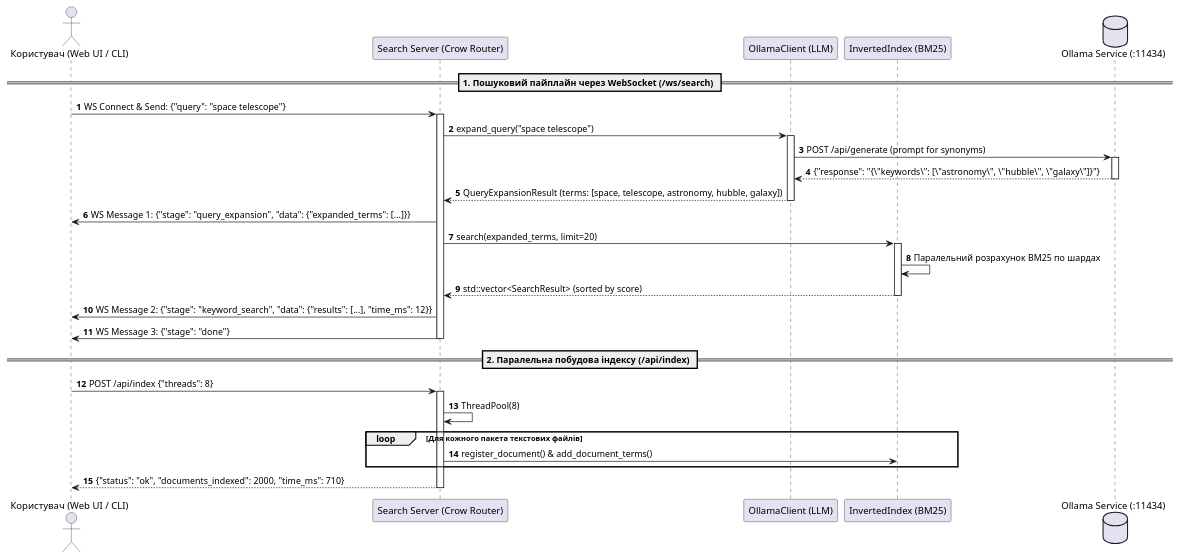
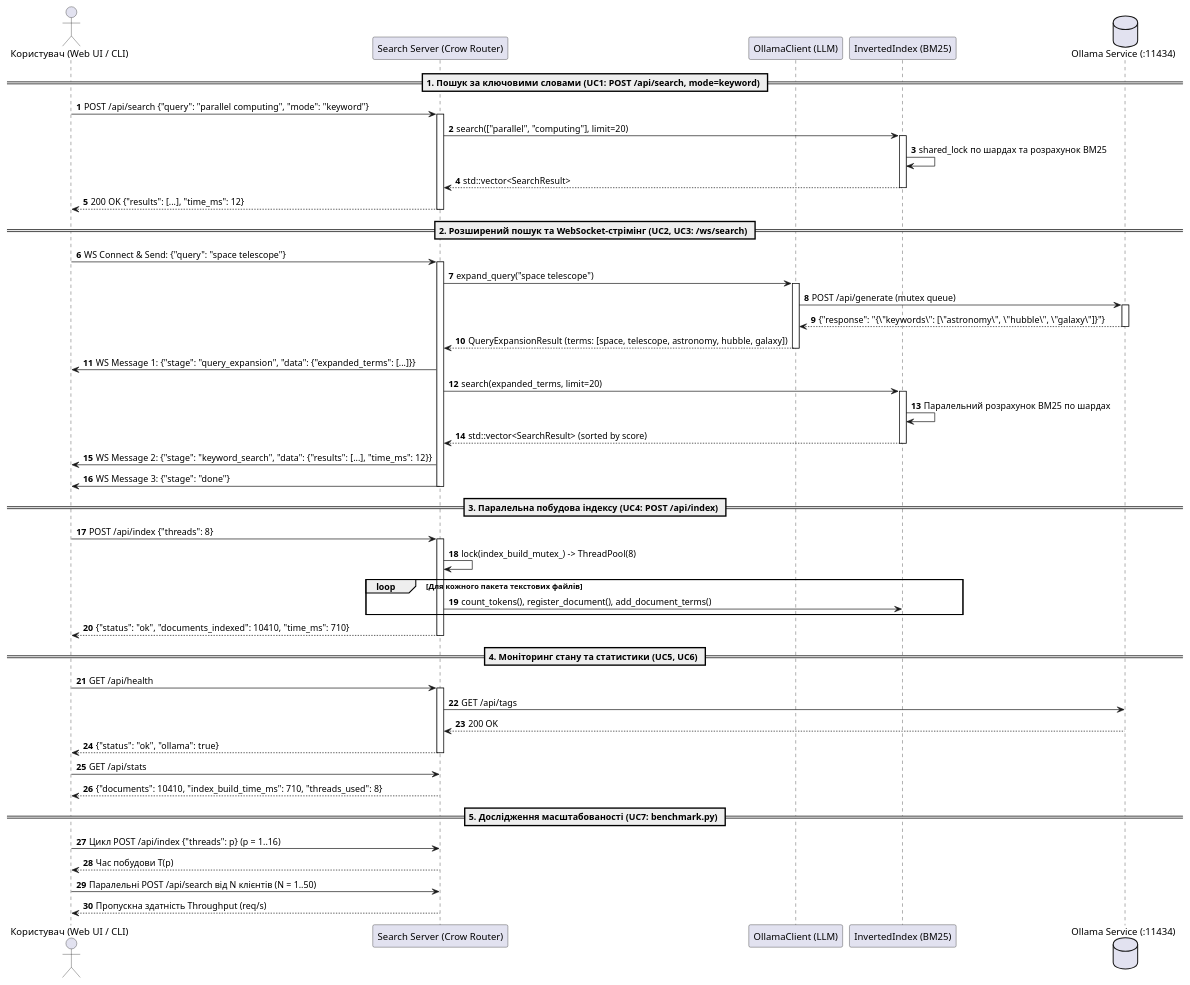
The diagram in docs/uml/sequence_diagram.puml (nothome2005/PO_cursova_maslov), drawn with PlantUML before and after one commit. The commit also changed 6 other files, not shown here.

Commit message:
docs(uml): оновлено UML-діаграми під порт 8088, усі сценарії та актуальну структуру класів

```diff
--- a/docs/uml/sequence_diagram.puml
+++ b/docs/uml/sequence_diagram.puml
@@ -1,45 +1,76 @@
 @startuml SequenceDiagram
 autonumber
 actor "Користувач (Web UI / CLI)" as Client
 participant "Search Server (Crow Router)" as Server
 participant "OllamaClient (LLM)" as Ollama
 participant "InvertedIndex (BM25)" as Index
 database "Ollama Service (:11434)" as OllamaDaemon
 
-== 1. Пошуковий пайплайн через WebSocket (/ws/search) ==
+== 1. Пошук за ключовими словами (UC1: POST /api/search, mode=keyword) ==
+
+Client -> Server: POST /api/search {"query": "parallel computing", "mode": "keyword"}
+activate Server
+Server -> Index: search(["parallel", "computing"], limit=20)
+activate Index
+Index -> Index: shared_lock по шардах та розрахунок BM25
+Index --> Server: std::vector<SearchResult>
+deactivate Index
+Server --> Client: 200 OK {"results": [...], "time_ms": 12}
+deactivate Server
+
+== 2. Розширений пошук та WebSocket-стрімінг (UC2, UC3: /ws/search) ==
 
 Client -> Server: WS Connect & Send: {"query": "space telescope"}
 activate Server
 
 Server -> Ollama: expand_query("space telescope")
 activate Ollama
-Ollama -> OllamaDaemon: POST /api/generate (prompt for synonyms)
+Ollama -> OllamaDaemon: POST /api/generate (mutex queue)
 activate OllamaDaemon
 OllamaDaemon --> Ollama: {"response": "{\"keywords\": [\"astronomy\", \"hubble\", \"galaxy\"]}"}
 deactivate OllamaDaemon
 Ollama --> Server: QueryExpansionResult (terms: [space, telescope, astronomy, hubble, galaxy])
 deactivate Ollama
 
 Server -> Client: WS Message 1: {"stage": "query_expansion", "data": {"expanded_terms": [...]}}
 
 Server -> Index: search(expanded_terms, limit=20)
 activate Index
 Index -> Index: Паралельний розрахунок BM25 по шардах
 Index --> Server: std::vector<SearchResult> (sorted by score)
 deactivate Index
 
 Server -> Client: WS Message 2: {"stage": "keyword_search", "data": {"results": [...], "time_ms": 12}}
 Server -> Client: WS Message 3: {"stage": "done"}
 deactivate Server
 
-== 2. Паралельна побудова індексу (/api/index) ==
+== 3. Паралельна побудова індексу (UC4: POST /api/index) ==
 
 Client -> Server: POST /api/index {"threads": 8}
 activate Server
-Server -> Server: ThreadPool(8)
+Server -> Server: lock(index_build_mutex_) -> ThreadPool(8)
 loop Для кожного пакета текстових файлів
-    Server -> Index: register_document() & add_document_terms()
+    Server -> Index: count_tokens(), register_document(), add_document_terms()
 end
-Server --> Client: {"status": "ok", "documents_indexed": 2000, "time_ms": 710}
+Server --> Client: {"status": "ok", "documents_indexed": 10410, "time_ms": 710}
 deactivate Server
+
+== 4. Моніторинг стану та статистики (UC5, UC6) ==
+
+Client -> Server: GET /api/health
+activate Server
+Server -> OllamaDaemon: GET /api/tags
+OllamaDaemon --> Server: 200 OK
+Server --> Client: {"status": "ok", "ollama": true}
+deactivate Server
+
+Client -> Server: GET /api/stats
+Server --> Client: {"documents": 10410, "index_build_time_ms": 710, "threads_used": 8}
+
+== 5. Дослідження масштабованості (UC7: benchmark.py) ==
+
+Client -> Server: Цикл POST /api/index {"threads": p} (p = 1..16)
+Server --> Client: Час побудови T(p)
+Client -> Server: Паралельні POST /api/search від N клієнтів (N = 1..50)
+Server --> Client: Пропускна здатність Throughput (req/s)
 @enduml
```
